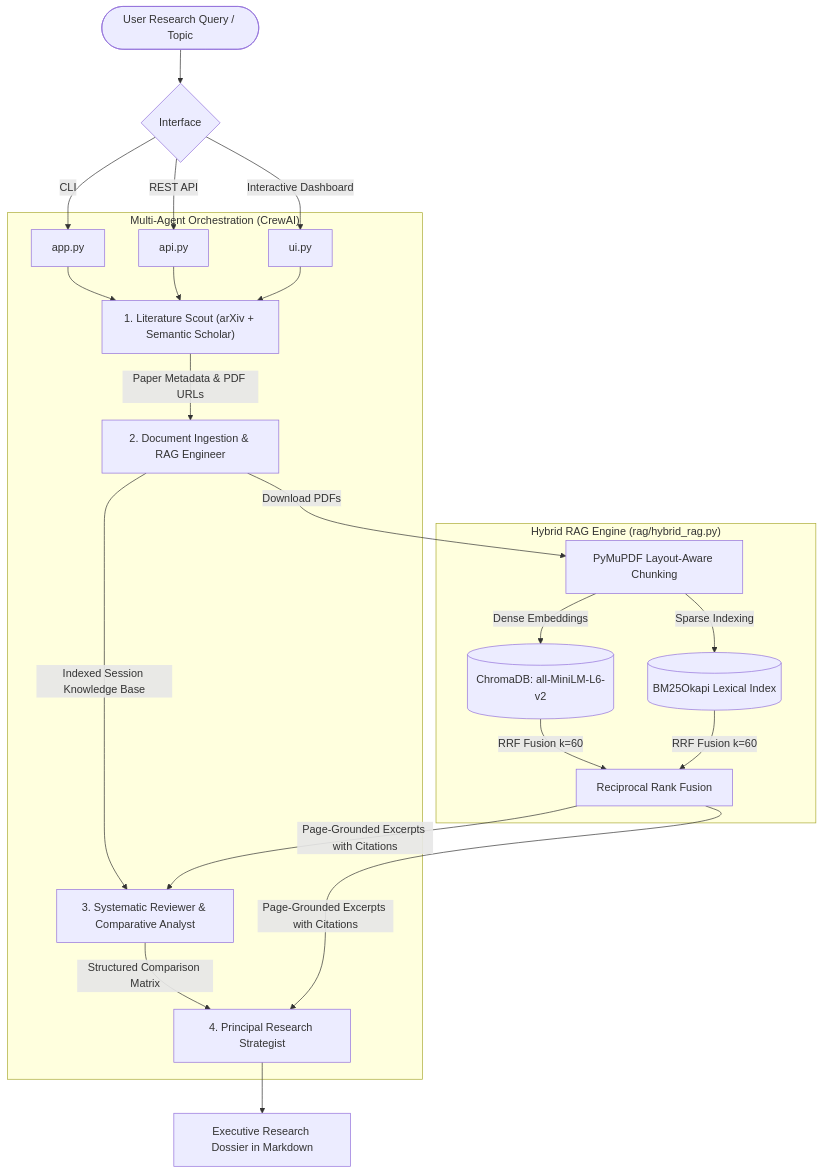
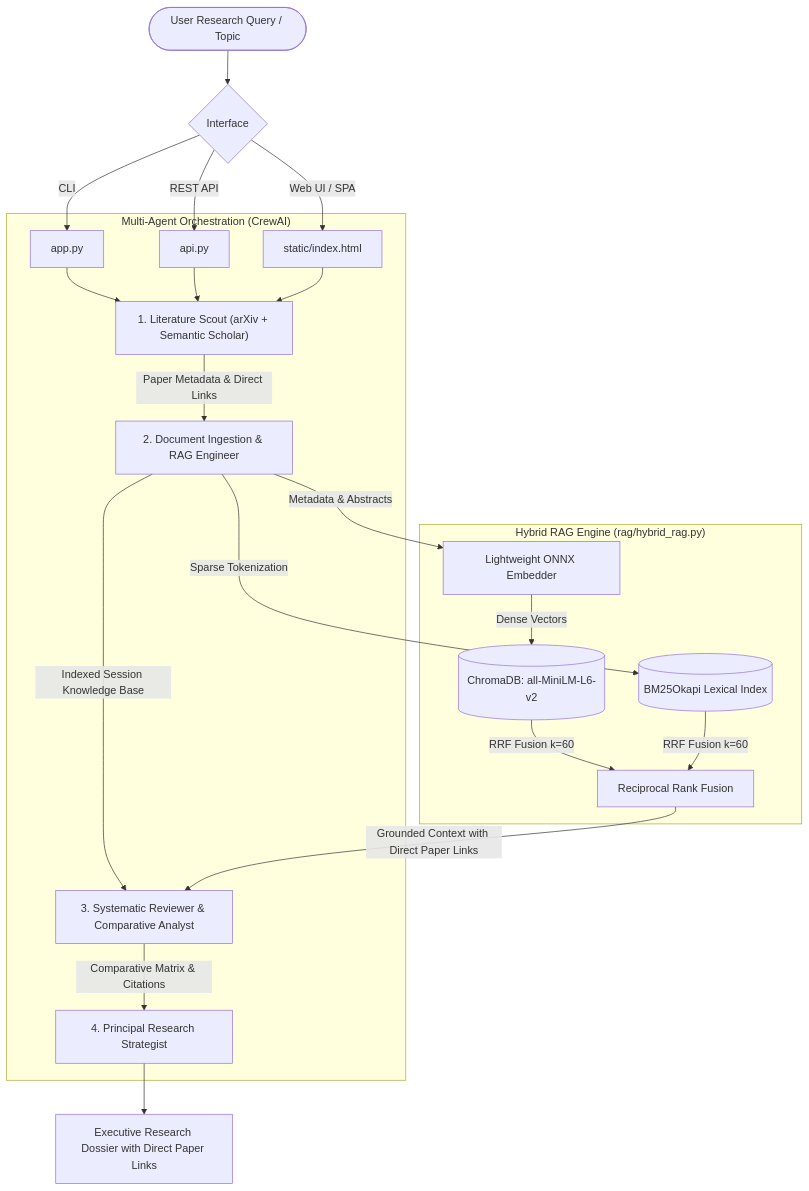
Before and after one commit to PranjalPV/agentic-ai-researcher: the diagram in README.md, drawn with Mermaid. The commit also changed other lines of this file and 10 other files, not shown here.

Commit message:
fix(pipeline): stream metadata directly into Hybrid RAG with clickable paper links, eliminate redundant agent 4 retrieval, set MALLOC_ARENA_MAX=2, and expand synthesis tokens

````diff
--- a/README.md
+++ b/README.md
@@ -9,34 +9,33 @@
 ```mermaid
 flowchart TD
     User([User Research Query / Topic]) --> Interface{Interface}
     Interface -->|CLI| CLI[app.py]
     Interface -->|REST API| FastAPI[api.py]
-    Interface -->|Interactive Dashboard| WebUI[ui.py]
+    Interface -->|Web UI / SPA| WebUI[static/index.html]
 
     subgraph "Multi-Agent Orchestration (CrewAI)"
         Agent1["1. Literature Scout (arXiv + Semantic Scholar)"]
         Agent2["2. Document Ingestion & RAG Engineer"]
         Agent3["3. Systematic Reviewer & Comparative Analyst"]
         Agent4["4. Principal Research Strategist"]
 
         CLI --> Agent1
         FastAPI --> Agent1
         WebUI --> Agent1
 
-        Agent1 -->|Paper Metadata & PDF URLs| Agent2
+        Agent1 -->|Paper Metadata & Direct Links| Agent2
         Agent2 -->|Indexed Session Knowledge Base| Agent3
-        Agent3 -->|Structured Comparison Matrix| Agent4
+        Agent3 -->|Comparative Matrix & Citations| Agent4
     end
 
     subgraph "Hybrid RAG Engine (rag/hybrid_rag.py)"
-        Agent2 -->|Download PDFs| PyMuPDF[PyMuPDF Layout-Aware Chunking]
-        PyMuPDF -->|Dense Embeddings| Chroma[(ChromaDB: all-MiniLM-L6-v2)]
-        PyMuPDF -->|Sparse Indexing| BM25[(BM25Okapi Lexical Index)]
+        Agent2 -->|Metadata & Abstracts| Embedder[Lightweight ONNX Embedder]
+        Embedder -->|Dense Vectors| Chroma[(ChromaDB: all-MiniLM-L6-v2)]
+        Agent2 -->|Sparse Tokenization| BM25[(BM25Okapi Lexical Index)]
         
         Chroma & BM25 -->|RRF Fusion k=60| RRFEngine[Reciprocal Rank Fusion]
-        RRFEngine -->|Page-Grounded Excerpts with Citations| Agent3
-        RRFEngine -->|Page-Grounded Excerpts with Citations| Agent4
+        RRFEngine -->|Grounded Context with Direct Paper Links| Agent3
     end
 
-    Agent4 --> Report[Executive Research Dossier in Markdown]
+    Agent4 --> Report[Executive Research Dossier with Direct Paper Links]
 ```
````
